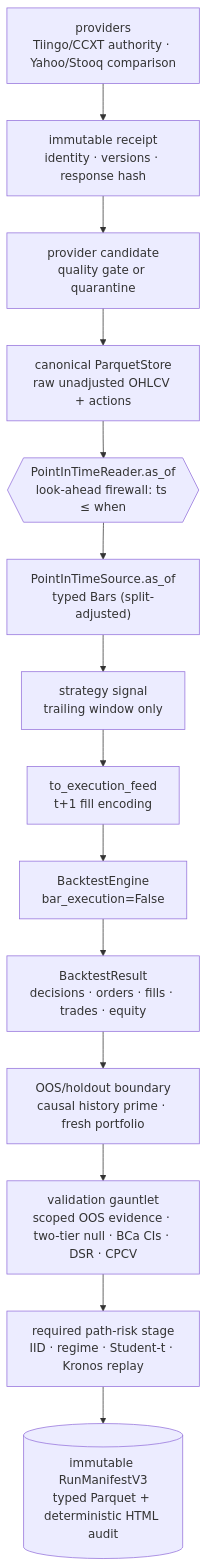
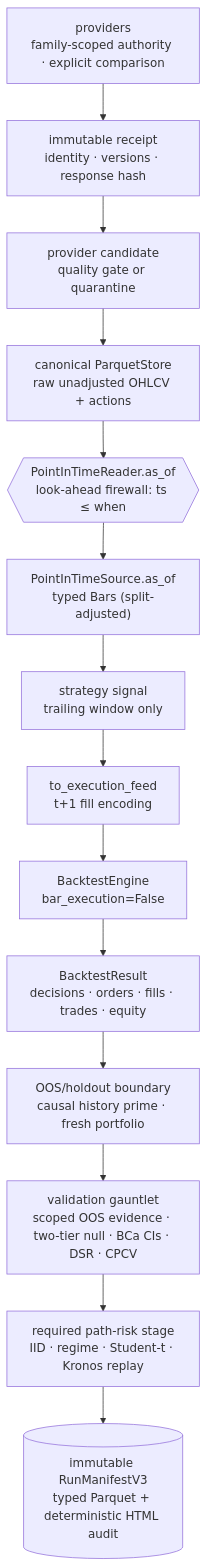
One commit to tradingsystem1880-eng/Project-ALPHA changed the fourth of 7 diagrams in docs/ARCHITECTURE.md. Above: the diagram before and after it, drawn with Mermaid. The commit also changed other lines of this file and 9 other files, not shown here.

Commit message:
docs(crypto): govern data authority by family

````diff
--- a/docs/ARCHITECTURE.md
+++ b/docs/ARCHITECTURE.md
@@ -156,16 +180,16 @@
 ```mermaid
 flowchart TD
-    A["providers<br/>Tiingo/CCXT authority · Yahoo/Stooq comparison"] --> R["immutable receipt<br/>identity · versions · response hash"]
+    A["providers<br/>family-scoped authority · explicit comparison"] --> R["immutable receipt<br/>identity · versions · response hash"]
     R --> Q["provider candidate<br/>quality gate or quarantine"]
     Q --> B["canonical ParquetStore<br/>raw unadjusted OHLCV + actions"]
     B --> C{{"PointInTimeReader.as_of<br/>look-ahead firewall: ts ≤ when"}}
     C --> D["PointInTimeSource.as_of<br/>typed Bars (split-adjusted)"]
     D --> E["strategy signal<br/>trailing window only"]
     E --> F["to_execution_feed<br/>t+1 fill encoding"]
     F --> G["BacktestEngine<br/>bar_execution=False"]
     G --> H["BacktestResult<br/>decisions · orders · fills · trades · equity"]
     H --> PRIME["OOS/holdout boundary<br/>causal history prime · fresh portfolio"]
     PRIME --> I["validation gauntlet<br/>scoped OOS evidence · two-tier null · BCa CIs · DSR · CPCV"]
     I --> MC["required path-risk stage<br/>IID · regime · Student-t · Kronos replay"]
     MC --> J[("immutable RunManifestV3<br/>typed Parquet + deterministic HTML audit")]
 ```
````
